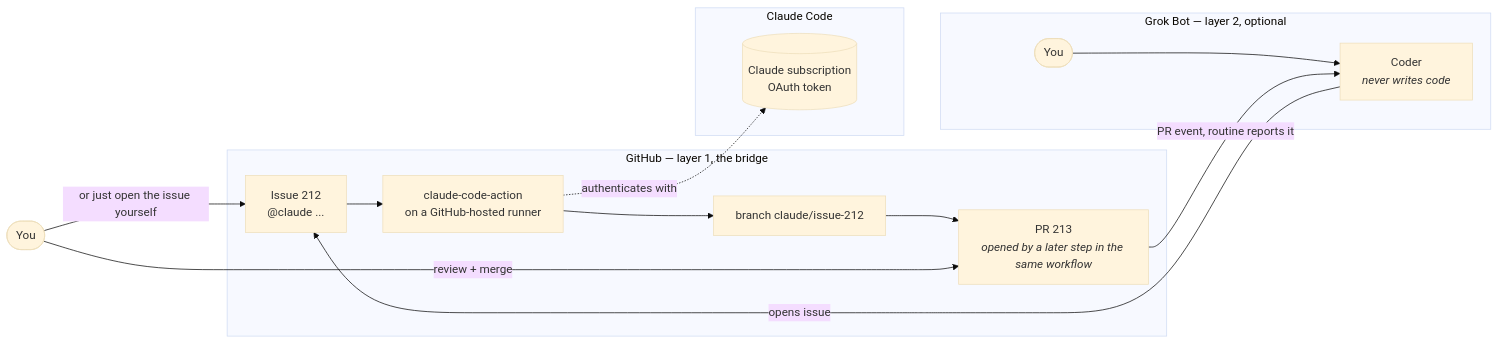
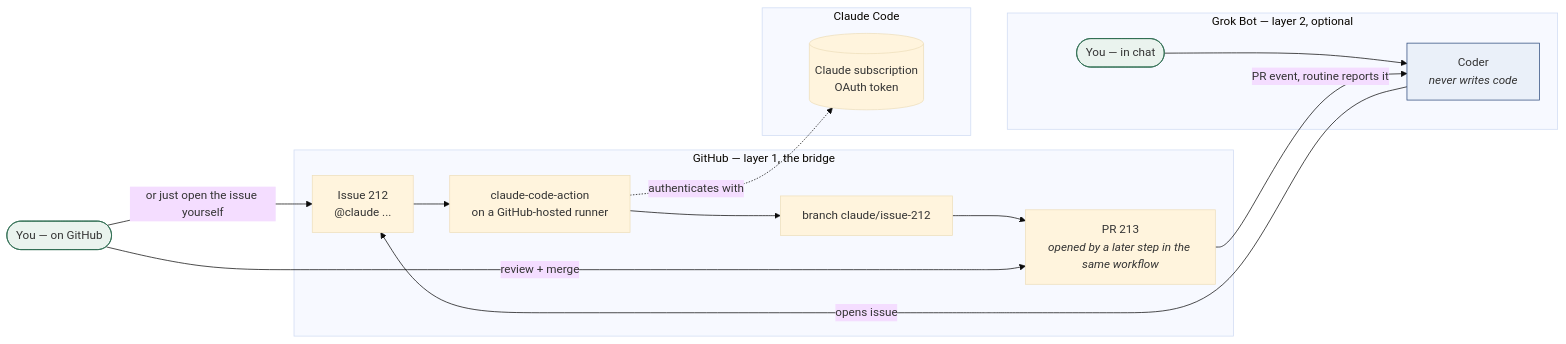
One commit to mathew-builds/Handoff changed the diagram in README.md. Above: the diagram before and after it, drawn with Mermaid (base theme). The commit also changed other lines of this file and 6 other files, not shown here.

First line of the commit message:
fix: the README flow diagram drew the reader as two different people

````diff
--- a/README.md
+++ b/README.md
@@ -79,24 +79,27 @@
 ```mermaid
 flowchart LR
     subgraph GH["GitHub — layer 1, the bridge"]
         ISSUE[Issue 212<br/>@claude ...]
         ACTION[claude-code-action<br/>on a GitHub-hosted runner]
         BRANCH[branch claude/issue-212]
         PR[PR 213<br/><i>opened by a later step in the same workflow</i>]
         ISSUE --> ACTION --> BRANCH --> PR
     end
 
     subgraph CC["Claude Code"]
         MAX[(Claude subscription<br/>OAuth token)]
     end
 
     subgraph GB["Grok Bot — layer 2, optional"]
-        YOU([You]) --> CODER[Coder<br/><i>never writes code</i>]
+        YOU(["You — in chat"]):::you --> CODER[Coder<br/><i>never writes code</i>]:::grok
     end
 
-    YOU2([You]) -- "or just open the issue yourself" --> ISSUE
+    YOU2(["You — on GitHub"]):::you -- "or just open the issue yourself" --> ISSUE
     CODER -- "opens issue" --> ISSUE
     ACTION -. "authenticates with" .-> MAX
     PR -- "PR event, routine reports it" --> CODER
     YOU2 -- "review + merge" --> PR
+
+    classDef you fill:#EAF3EE,stroke:#2C6B4F
+    classDef grok fill:#EAF0F9,stroke:#2C4A7C
 ```
````
